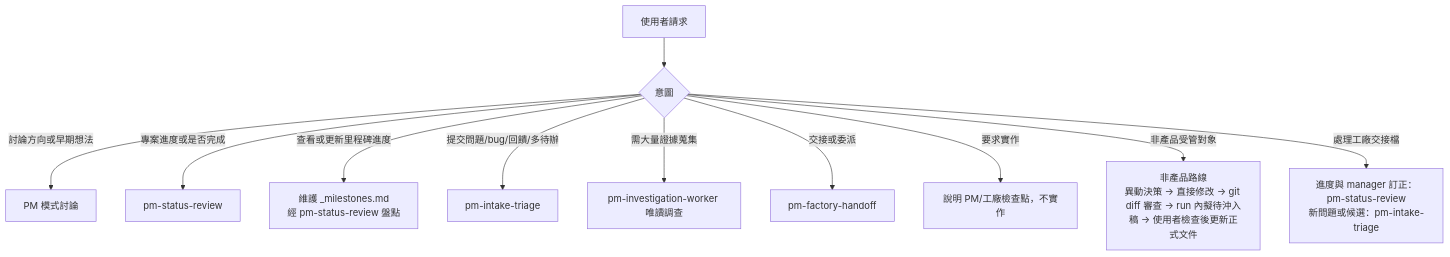
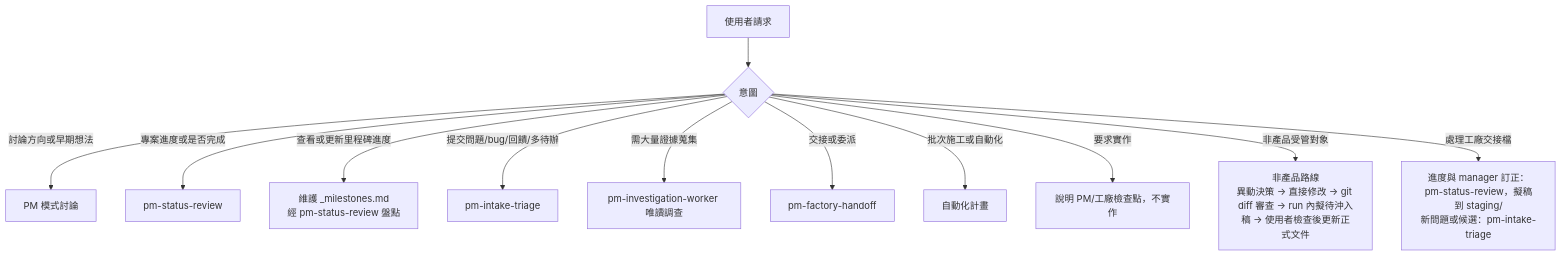
One commit to nekojuice/.agents changed the first of 3 diagrams in orchestrator-pm-readme.md. Above: the diagram before and after it, drawn with Mermaid. The commit also changed other lines of this file and 17 other files, not shown here.

````diff
--- a/orchestrator-pm-readme.md
+++ b/orchestrator-pm-readme.md
@@ -69,13 +76,14 @@
 ```mermaid
 flowchart TD
   U[使用者請求] --> R{意圖}
   R -- 討論方向或早期想法 --> D[PM 模式討論]
   R -- 專案進度或是否完成 --> S[pm-status-review]
   R -- 查看或更新里程碑進度 --> M[維護 _milestones.md<br/>經 pm-status-review 盤點]
   R -- 提交問題/bug/回饋/多待辦 --> T[pm-intake-triage]
   R -- 需大量證據蒐集 --> I[pm-investigation-worker 唯讀調查]
   R -- 交接或委派 --> H[pm-factory-handoff]
+  R -- 批次施工或自動化 --> A[自動化計畫]
   R -- 要求實作 --> X[說明 PM/工廠檢查點，不實作]
   R -- 非產品受管對象 --> N[非產品路線<br/>異動決策 → 直接修改 → git diff 審查 → run 內擬待沖入稿 → 使用者檢查後更新正式文件]
-  R -- 處理工廠交接檔 --> F[進度與 manager 訂正：pm-status-review<br/>新問題或候選：pm-intake-triage]
+  R -- 處理工廠交接檔 --> F[進度與 manager 訂正：pm-status-review，擬稿到 staging/<br/>新問題或候選：pm-intake-triage]
 ```
````
